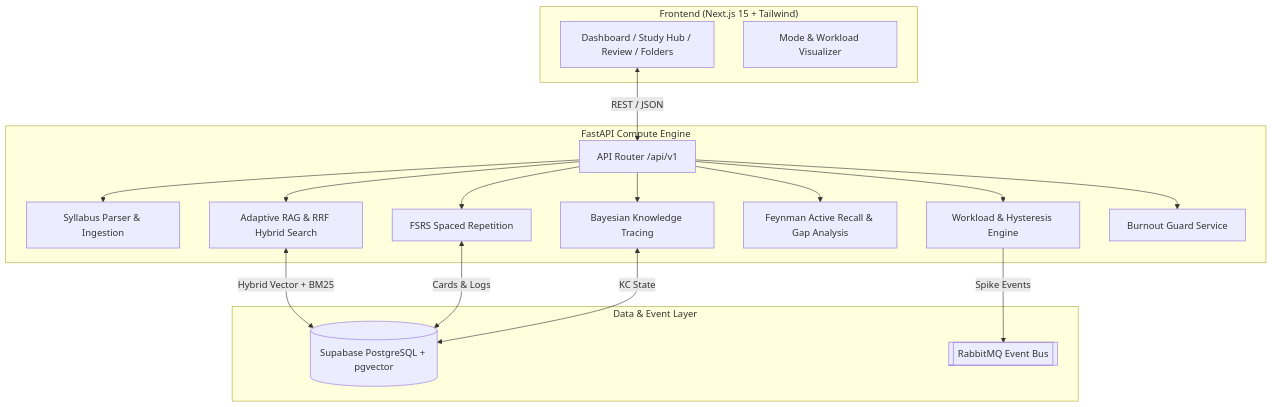
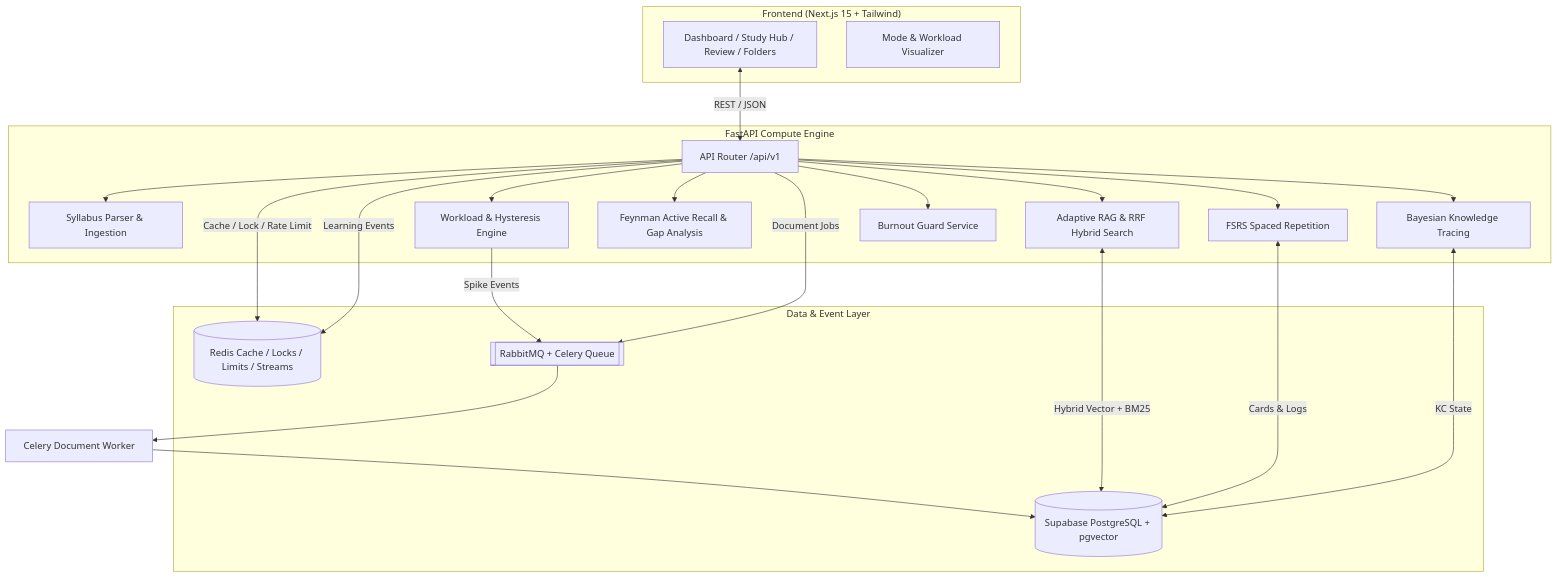
The diagram in README.md (MinnThikeTunn/Learn-Sync), drawn with Mermaid before and after one commit. The commit also changed other lines of this file and 22 other files, not shown here.

````diff
--- a/README.md
+++ b/README.md
@@ -60,36 +60,42 @@
 ```mermaid
 flowchart TD
     subgraph Client["Frontend (Next.js 15 + Tailwind)"]
         UI[Dashboard / Study Hub / Review / Folders]
         State[Mode & Workload Visualizer]
     end
 
     subgraph Backend["FastAPI Compute Engine"]
         API[API Router /api/v1]
         Parser[Syllabus Parser & Ingestion]
         Workload[Workload & Hysteresis Engine]
         RAG[Adaptive RAG & RRF Hybrid Search]
         FSRS[FSRS Spaced Repetition]
         Feynman[Feynman Active Recall & Gap Analysis]
         BKT[Bayesian Knowledge Tracing]
         Burnout[Burnout Guard Service]
     end
 
     subgraph Storage["Data & Event Layer"]
         DB[(Supabase PostgreSQL + pgvector)]
-        MQ[[RabbitMQ Event Bus]]
+        Redis[(Redis Cache / Locks / Limits / Streams)]
+        MQ[[RabbitMQ + Celery Queue]]
     end
 
     UI <-->|REST / JSON| API
     API --> Parser
     API --> Workload
     API --> RAG
     API --> FSRS
     API --> Feynman
     API --> BKT
     API --> Burnout
     Workload -->|Spike Events| MQ
+    API -->|Cache / Lock / Rate Limit| Redis
+    API -->|Document Jobs| MQ
+    MQ --> Worker[Celery Document Worker]
+    Worker --> DB
+    API -->|Learning Events| Redis
     RAG <-->|Hybrid Vector + BM25| DB
     FSRS <-->|Cards & Logs| DB
     BKT <-->|KC State| DB
 ```
````
